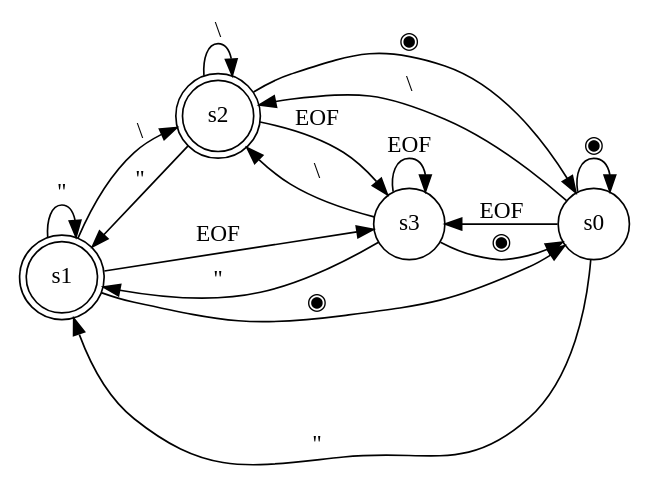
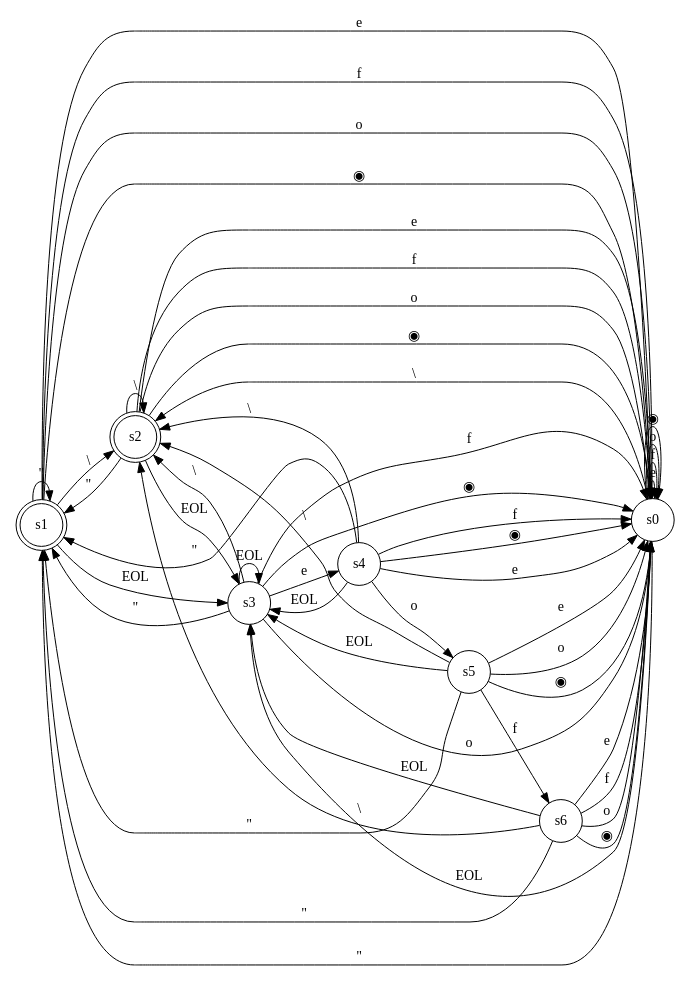
The diagram in ref/mmm_machine_5.gv (pschlump/lexie), drawn with Graphviz before and after one commit. The commit also changed 52 other files, not shown here.

```diff
--- a/ref/mmm_machine_5.gv
+++ b/ref/mmm_machine_5.gv
@@ -1,22 +1,55 @@
 digraph finite_state_machine {
 	rankdir=LR;
-	size="18,5"
+	size="18,8"
 	node [shape = doublecircle]; s1 s2;
 	node [shape = circle];
 	s0 -> s1 [ label = "\"" ];
 	s0 -> s2 [ label = "\\" ];
+	s0 -> s0 [ label = "e" ];
+	s0 -> s0 [ label = "f" ];
+	s0 -> s0 [ label = "o" ];
+	s0 -> s3 [ label = "EOL" ];
 	s0 -> s0 [ label = "◉" ];
-	s0 -> s3 [ label = "EOF" ];
 	s1 -> s1 [ label = "\"" ];
 	s1 -> s2 [ label = "\\" ];
+	s1 -> s0 [ label = "e" ];
+	s1 -> s0 [ label = "f" ];
+	s1 -> s0 [ label = "o" ];
+	s1 -> s3 [ label = "EOL" ];
 	s1 -> s0 [ label = "◉" ];
-	s1 -> s3 [ label = "EOF" ];
 	s2 -> s1 [ label = "\"" ];
 	s2 -> s2 [ label = "\\" ];
+	s2 -> s0 [ label = "e" ];
+	s2 -> s0 [ label = "f" ];
+	s2 -> s0 [ label = "o" ];
+	s2 -> s3 [ label = "EOL" ];
 	s2 -> s0 [ label = "◉" ];
-	s2 -> s3 [ label = "EOF" ];
 	s3 -> s1 [ label = "\"" ];
 	s3 -> s2 [ label = "\\" ];
+	s3 -> s4 [ label = "e" ];
+	s3 -> s0 [ label = "f" ];
+	s3 -> s0 [ label = "o" ];
+	s3 -> s3 [ label = "EOL" ];
 	s3 -> s0 [ label = "◉" ];
-	s3 -> s3 [ label = "EOF" ];
+	s4 -> s1 [ label = "\"" ];
+	s4 -> s2 [ label = "\\" ];
+	s4 -> s0 [ label = "e" ];
+	s4 -> s0 [ label = "f" ];
+	s4 -> s5 [ label = "o" ];
+	s4 -> s3 [ label = "EOL" ];
+	s4 -> s0 [ label = "◉" ];
+	s5 -> s1 [ label = "\"" ];
+	s5 -> s2 [ label = "\\" ];
+	s5 -> s0 [ label = "e" ];
+	s5 -> s6 [ label = "f" ];
+	s5 -> s0 [ label = "o" ];
+	s5 -> s3 [ label = "EOL" ];
+	s5 -> s0 [ label = "◉" ];
+	s6 -> s1 [ label = "\"" ];
+	s6 -> s2 [ label = "\\" ];
+	s6 -> s0 [ label = "e" ];
+	s6 -> s0 [ label = "f" ];
+	s6 -> s0 [ label = "o" ];
+	s6 -> s3 [ label = "EOL" ];
+	s6 -> s0 [ label = "◉" ];
 }
```
